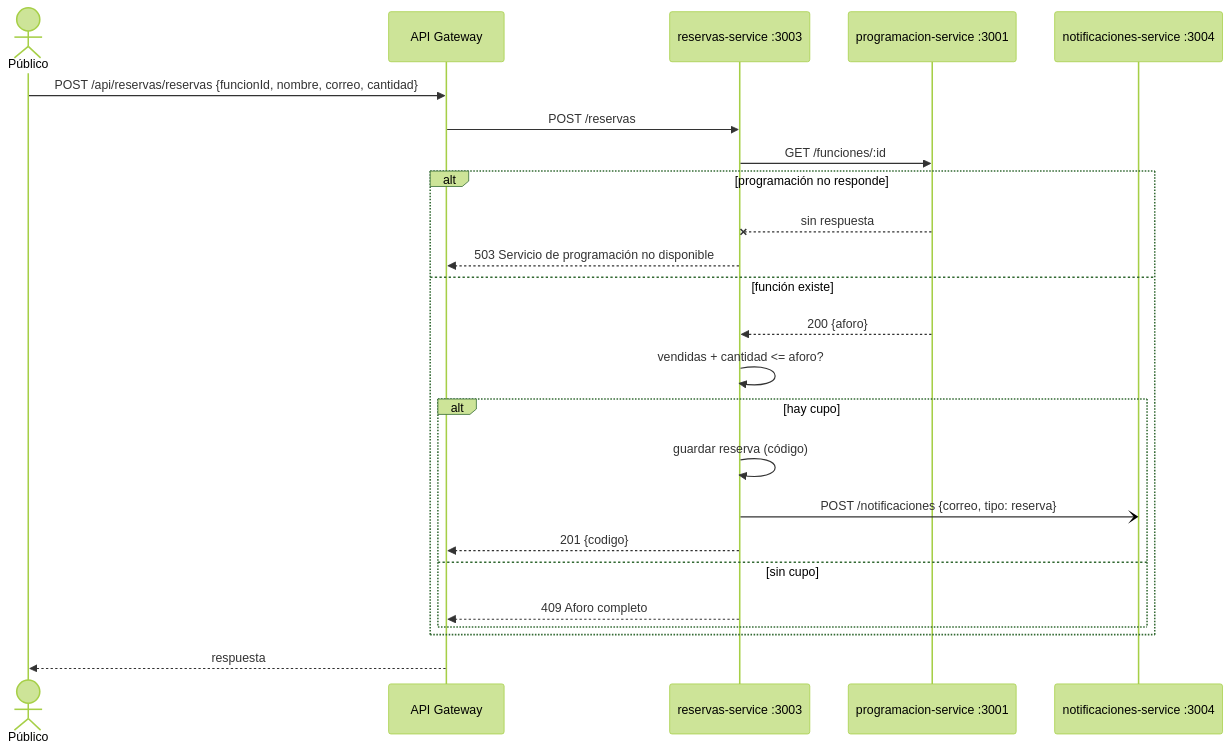
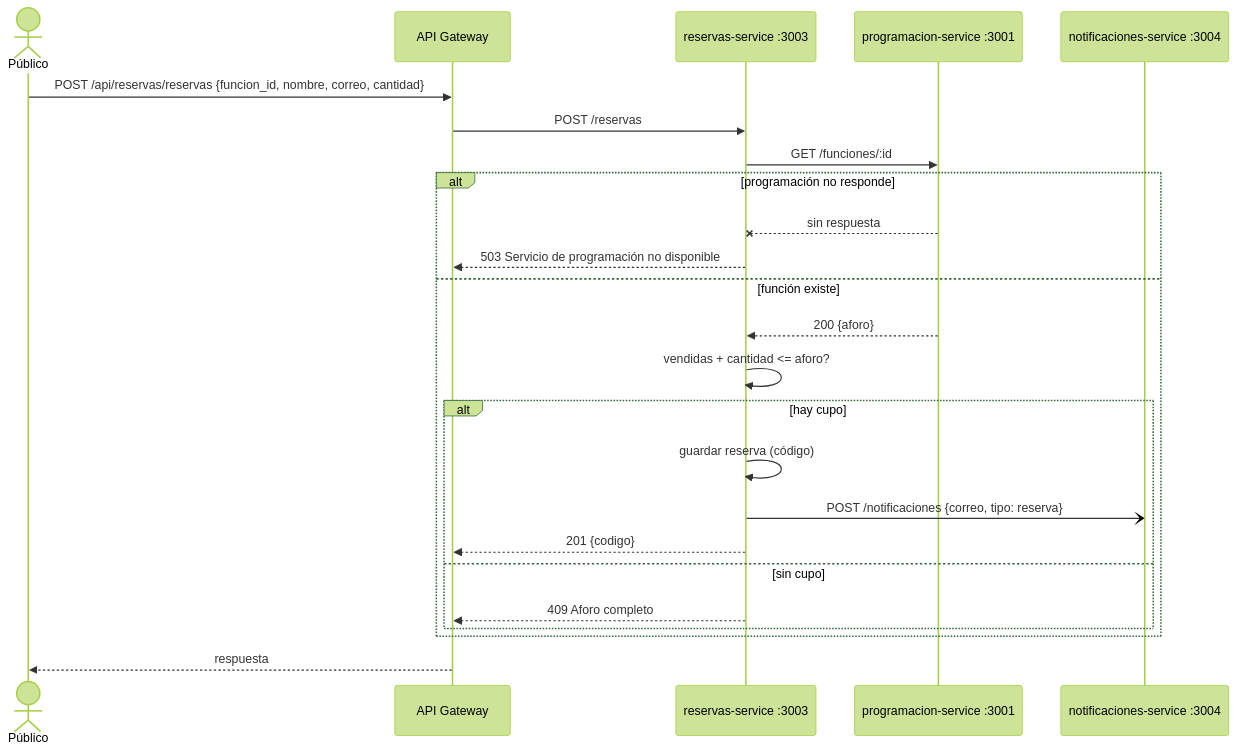
Before and after one commit to JorgeBeltran-11/proyecto-FIAVL: the fifth of 7 diagrams in docs/arquitectura/README.md, drawn with Mermaid (forest theme). The commit also changed other lines of this file and 13 other files, not shown here.

````diff
--- a/docs/arquitectura/README.md
+++ b/docs/arquitectura/README.md
@@ -203,27 +210,27 @@
 ```mermaid
 sequenceDiagram
     actor P as Público
     participant GW as API Gateway
     participant RE as reservas-service :3003
     participant PR as programacion-service :3001
     participant NO as notificaciones-service :3004
 
-    P->>GW: POST /api/reservas/reservas {funcionId, nombre, correo, cantidad}
+    P->>GW: POST /api/reservas/reservas {funcion_id, nombre, correo, cantidad}
     GW->>RE: POST /reservas
     RE->>PR: GET /funciones/:id
     alt programación no responde
         PR--xRE: sin respuesta
         RE-->>GW: 503 Servicio de programación no disponible
     else función existe
         PR-->>RE: 200 {aforo}
         RE->>RE: vendidas + cantidad <= aforo?
         alt hay cupo
             RE->>RE: guardar reserva (código)
             RE-)NO: POST /notificaciones {correo, tipo: reserva}
             RE-->>GW: 201 {codigo}
         else sin cupo
             RE-->>GW: 409 Aforo completo
         end
     end
     GW-->>P: respuesta
 ```
````
